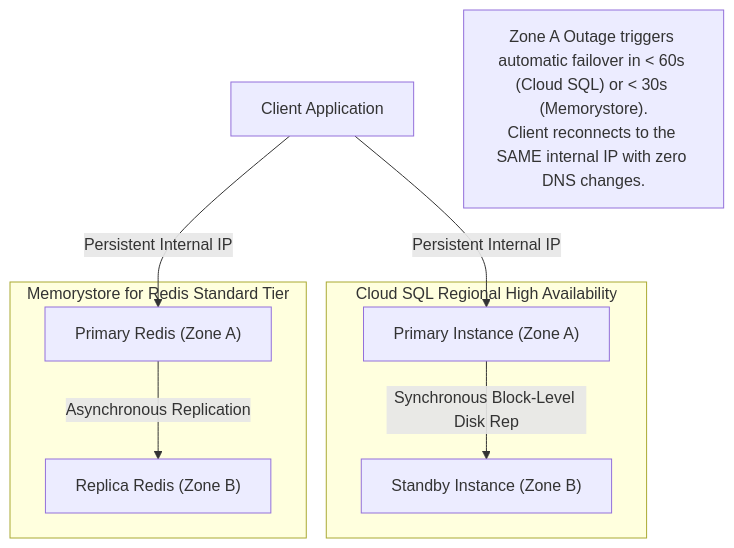
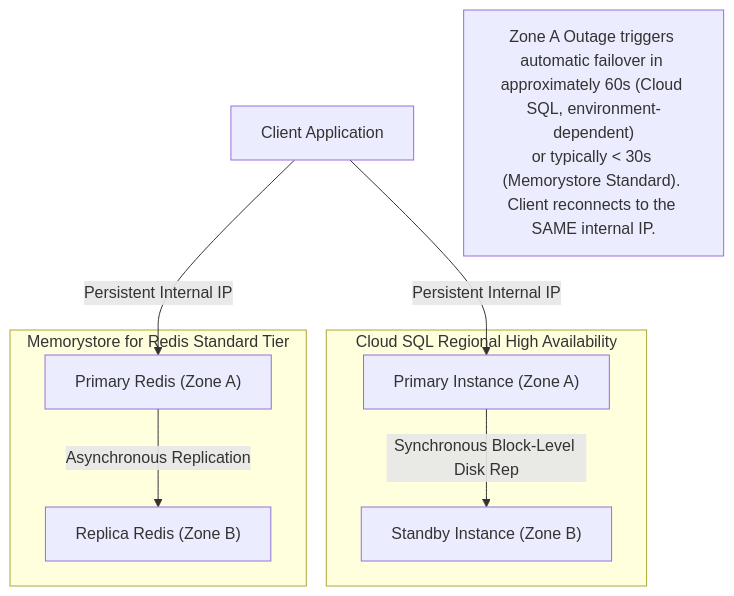
The fourth of 4 diagrams in 04_phase3_exam_domains/domain_5_maintaining_and_automating_data_workloads.md (rohithvishaal/GCP_PDE_Notes), drawn with Mermaid before and after one commit. The commit also changed other lines of this file and 4 other files, not shown here.

````diff
--- a/04_phase3_exam_domains/domain_5_maintaining_and_automating_data_workloads.md
+++ b/04_phase3_exam_domains/domain_5_maintaining_and_automating_data_workloads.md
@@ -247,19 +247,19 @@
 ```mermaid
 flowchart TD
     subgraph Cloud_SQL_HA["Cloud SQL Regional High Availability"]
         Primary_SQL["Primary Instance (Zone A)"]
         Standby_SQL["Standby Instance (Zone B)"]
         Primary_SQL -->|Synchronous Block-Level Disk Rep| Standby_SQL
     end
 
     subgraph Memorystore_HA["Memorystore for Redis Standard Tier"]
         Primary_Redis["Primary Redis (Zone A)"]
         Replica_Redis["Replica Redis (Zone B)"]
         Primary_Redis -->|Asynchronous Replication| Replica_Redis
     end
 
     Client_App["Client Application"] -->|Persistent Internal IP| Primary_SQL
     Client_App -->|Persistent Internal IP| Primary_Redis
 
-    note["Zone A Outage triggers automatic failover in < 60s (Cloud SQL) or < 30s (Memorystore).<br/>Client reconnects to the SAME internal IP with zero DNS changes."]
+    note["Zone A Outage triggers automatic failover in approximately 60s (Cloud SQL, environment-dependent)<br/>or typically < 30s (Memorystore Standard). Client reconnects to the SAME internal IP."]
 ```
````
